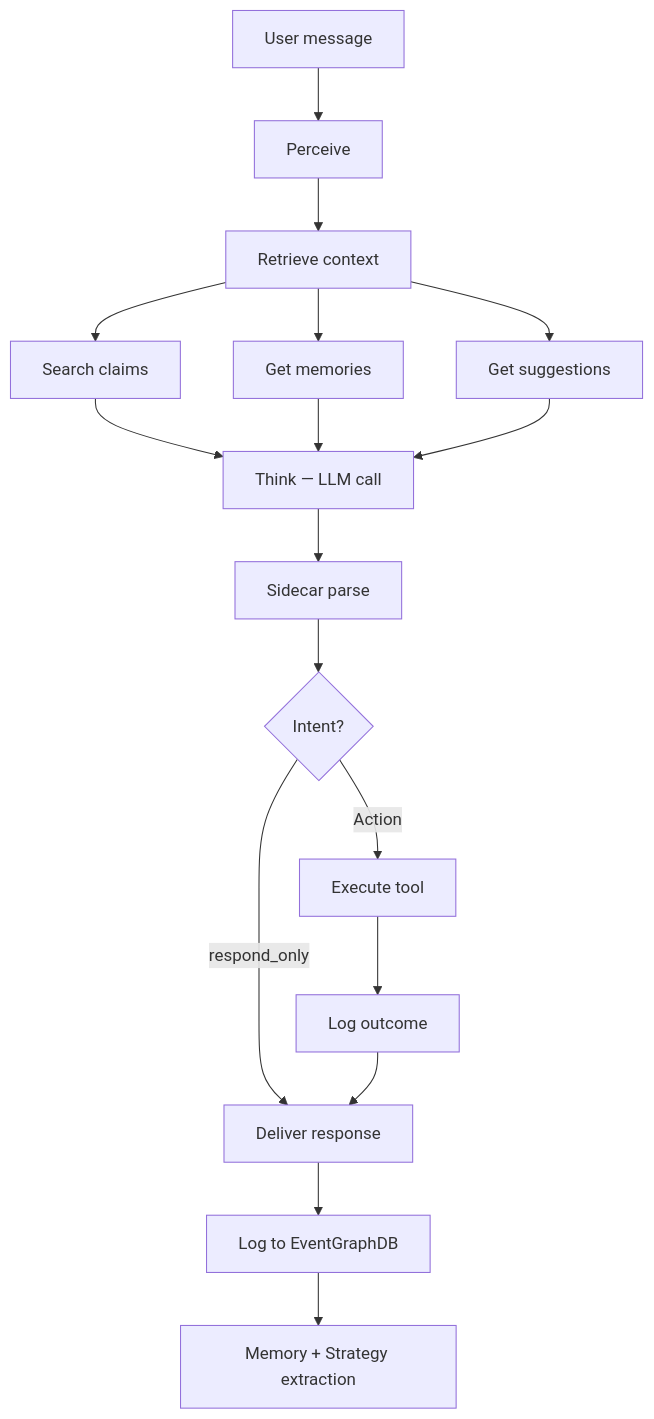
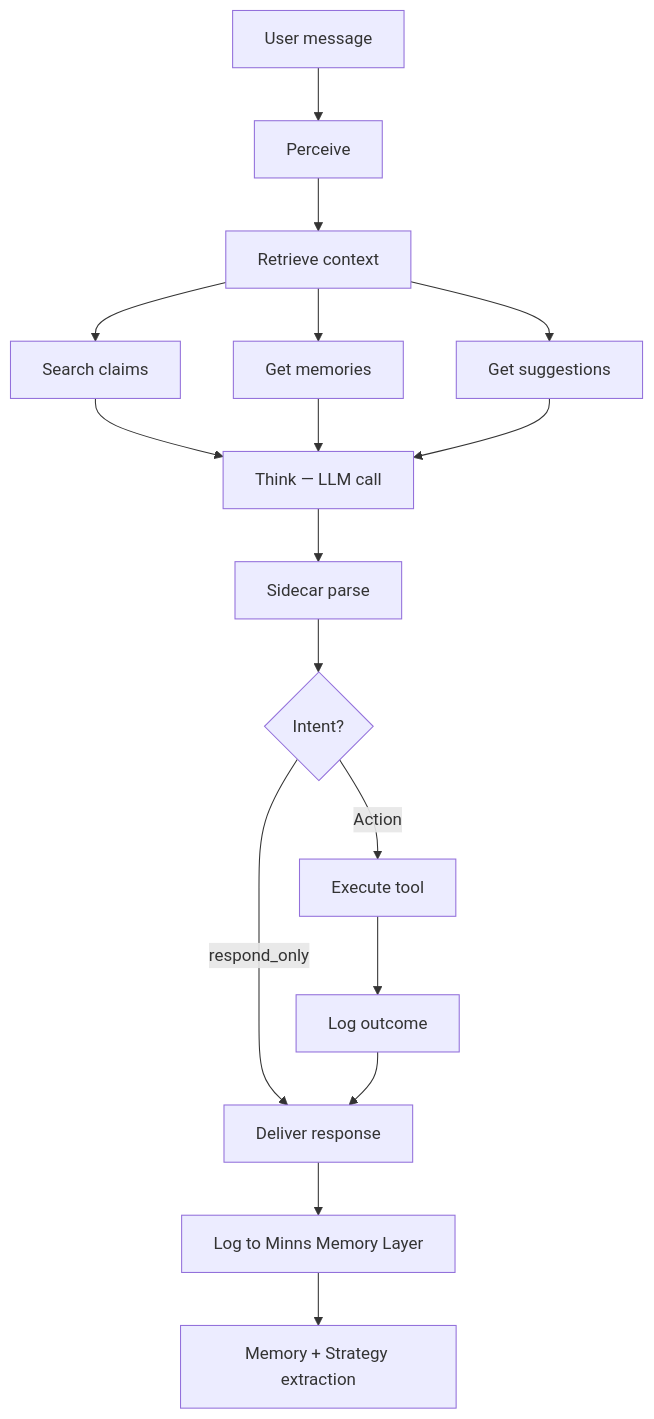
The second of 2 diagrams in guides/building-a-chat-agent.mdx (Jonathanfarrow/docs), drawn with Mermaid before and after one commit. The commit also changed other lines of this file and 13 other files, not shown here.

````diff
--- a/guides/building-a-chat-agent.mdx
+++ b/guides/building-a-chat-agent.mdx
@@ -144,19 +144,19 @@
 ```mermaid
 graph TD
     U[User message] --> P[Perceive]
     P --> R[Retrieve context]
     R --> R1[Search claims]
     R --> R2[Get memories]
     R --> R3[Get suggestions]
     R1 --> T[Think — LLM call]
     R2 --> T
     R3 --> T
     T --> S[Sidecar parse]
     S --> I{Intent?}
     I -->|Action| E[Execute tool]
     I -->|respond_only| D[Deliver response]
     E --> O[Log outcome]
     O --> D
-    D --> L[Log to EventGraphDB]
+    D --> L[Log to Minns Memory Layer]
     L --> M[Memory + Strategy extraction]
 ```
````
